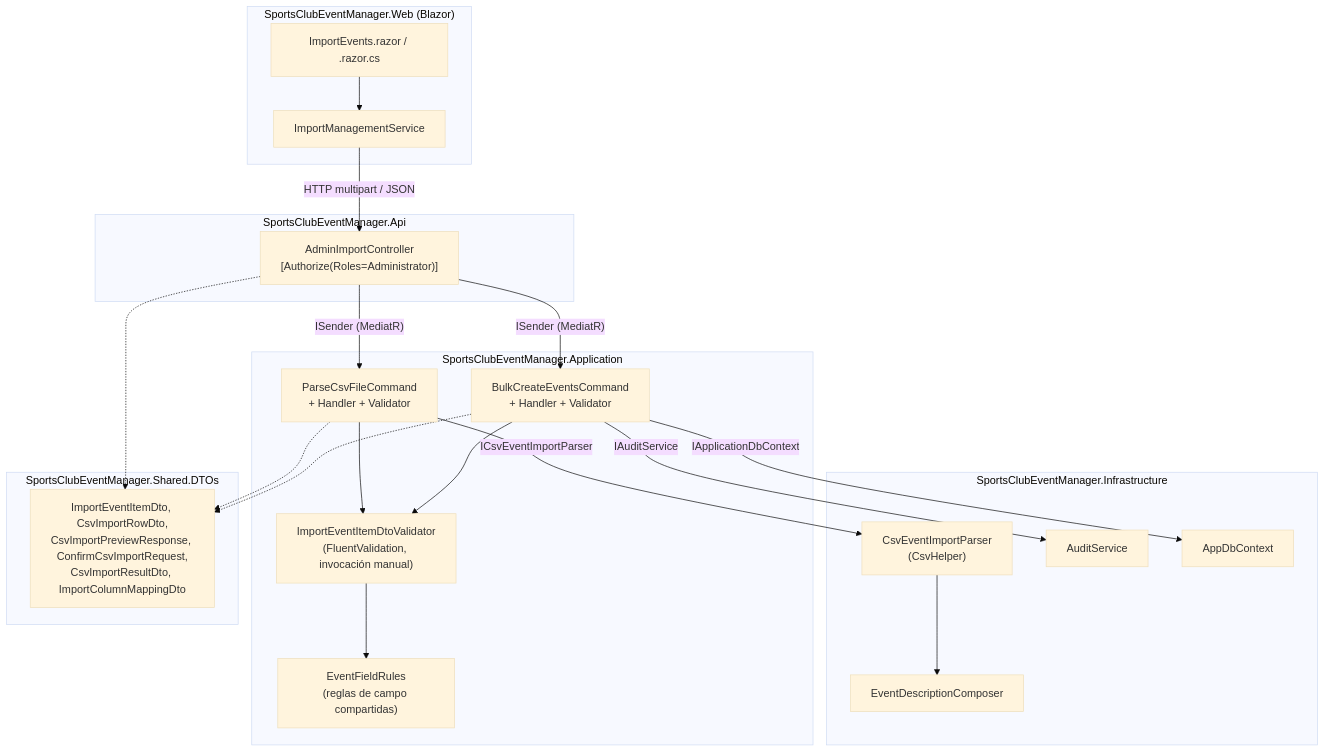
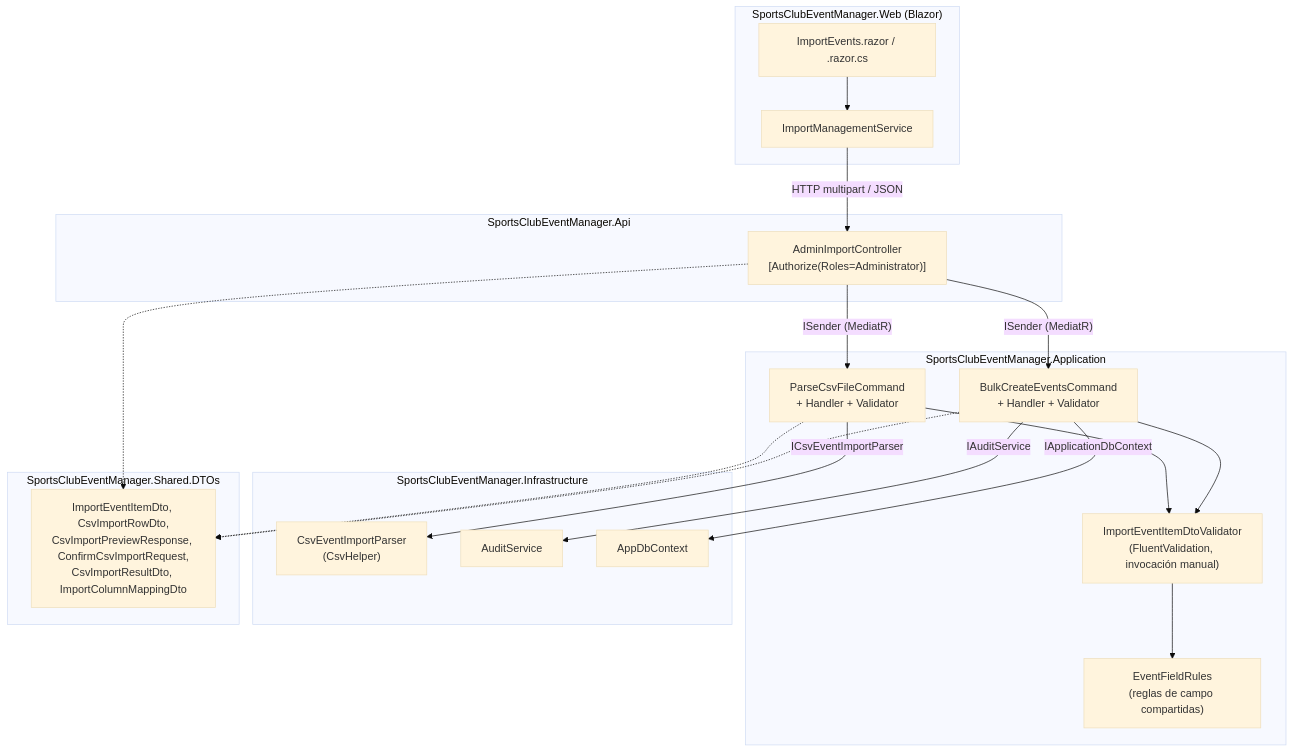
The first of 3 diagrams in docs/technical/US-35-csv-event-import.md (AlejBlasco/SportsClubEventManager), drawn with Mermaid (base theme) before and after one commit. The commit also changed other lines of this file and 48 other files, not shown here.

````diff
--- a/docs/technical/US-35-csv-event-import.md
+++ b/docs/technical/US-35-csv-event-import.md
@@ -36,44 +37,42 @@
 ```mermaid
 flowchart TD
     subgraph Web["SportsClubEventManager.Web (Blazor)"]
         Page["ImportEvents.razor / .razor.cs"]
         Svc["ImportManagementService"]
         Page --> Svc
     end
 
     subgraph Api["SportsClubEventManager.Api"]
         Ctrl["AdminImportController\n[Authorize(Roles=Administrator)]"]
     end
 
     subgraph App["SportsClubEventManager.Application"]
         ParseCmd["ParseCsvFileCommand\n+ Handler + Validator"]
         BulkCmd["BulkCreateEventsCommand\n+ Handler + Validator"]
         ItemVal["ImportEventItemDtoValidator\n(FluentValidation, invocación manual)"]
         Rules["EventFieldRules\n(reglas de campo compartidas)"]
         ParseCmd --> ItemVal
         BulkCmd --> ItemVal
         ItemVal --> Rules
     end
 
     subgraph Infra["SportsClubEventManager.Infrastructure"]
         Parser["CsvEventImportParser\n(CsvHelper)"]
-        Composer["EventDescriptionComposer"]
-        Parser --> Composer
         AuditSvc["AuditService"]
         DbCtx["AppDbContext"]
     end
 
     subgraph Shared["SportsClubEventManager.Shared.DTOs"]
         DTOs["ImportEventItemDto, CsvImportRowDto,\nCsvImportPreviewResponse, ConfirmCsvImportRequest,\nCsvImportResultDto, ImportColumnMappingDto"]
     end
 
     Svc -- "HTTP multipart / JSON" --> Ctrl
     Ctrl -- "ISender (MediatR)" --> ParseCmd
     Ctrl -- "ISender (MediatR)" --> BulkCmd
     ParseCmd -- "ICsvEventImportParser" --> Parser
     BulkCmd -- "IApplicationDbContext" --> DbCtx
     BulkCmd -- "IAuditService" --> AuditSvc
     Ctrl -.-> DTOs
     ParseCmd -.-> DTOs
     BulkCmd -.-> DTOs
 ```
````
